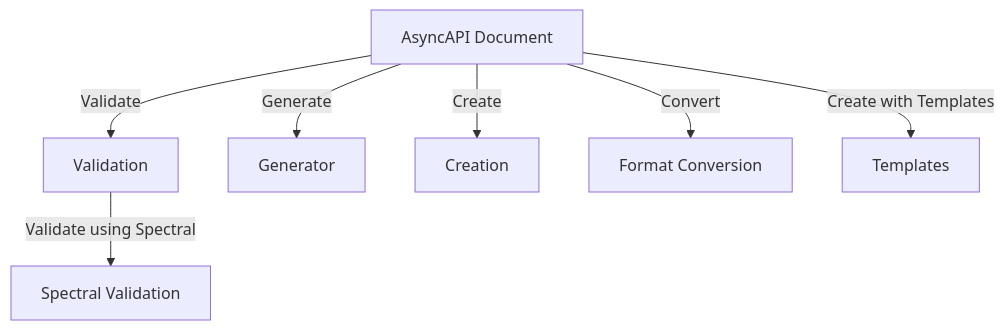
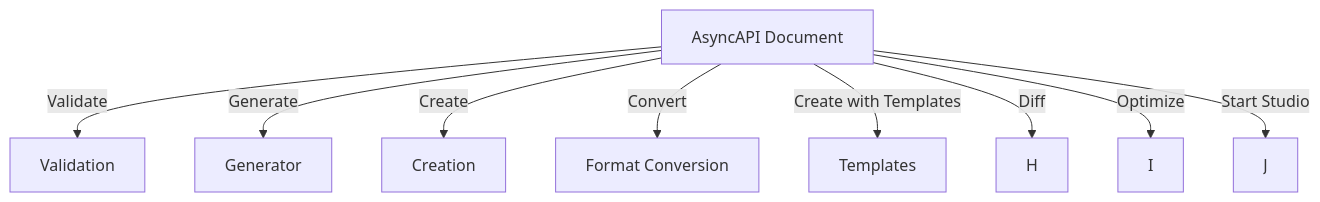
The first of 2 diagrams in docs/index.md (asyncapi/cli), drawn with Mermaid before and after one commit. The commit also changed other lines of this file, not shown here.

````diff
--- a/docs/index.md
+++ b/docs/index.md
@@ -27,17 +31,18 @@
 ```mermaid
 graph TD;
 A[AsyncAPI Document]
 B[Validation]
 C[Generator]
 D[Creation]
 E[Format Conversion]
 F[Templates]
-G[Spectral Validation]
 A-->|Validate|B;
 A-->|Generate|C;
 A-->|Create|D;
 A-->|Convert|E;
 A-->|Create with Templates|F;
-B-->|Validate using Spectral|G;
+A-->|Diff|H;
+A-->|Optimize|I;
+A-->|Start Studio|J;
 
 ```
````
